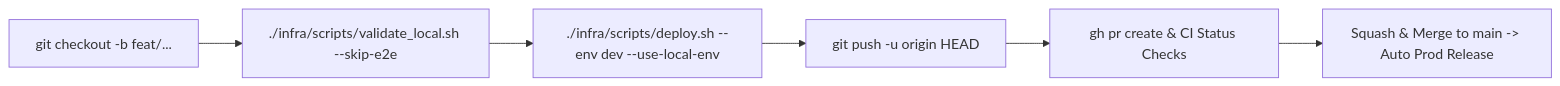
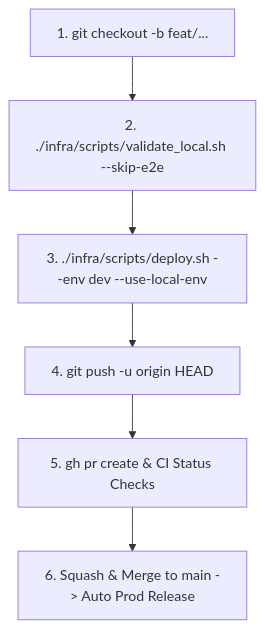
The diagram in CHEATSHEET.md (venkatesh-singamsetty/cricscore), drawn with Mermaid before and after one commit. The commit also changed other lines of this file and 43 other files, not shown here.

````diff
--- a/CHEATSHEET.md
+++ b/CHEATSHEET.md
@@ -46,8 +42,8 @@
 ```mermaid
-flowchart LR
-    A["git checkout -b feat/..."] --> B["./infra/scripts/validate_local.sh --skip-e2e"]
-    B --> C["./infra/scripts/deploy.sh --env dev --use-local-env"]
-    C --> D["git push -u origin HEAD"]
-    D --> E["gh pr create & CI Status Checks"]
-    E --> F["Squash & Merge to main -> Auto Prod Release"]
+flowchart TD
+    A["1. git checkout -b feat/..."] --> B["2. ./infra/scripts/validate_local.sh --skip-e2e"]
+    B --> C["3. ./infra/scripts/deploy.sh --env dev --use-local-env"]
+    C --> D["4. git push -u origin HEAD"]
+    D --> E["5. gh pr create & CI Status Checks"]
+    E --> F["6. Squash & Merge to main -> Auto Prod Release"]
 ```
````
